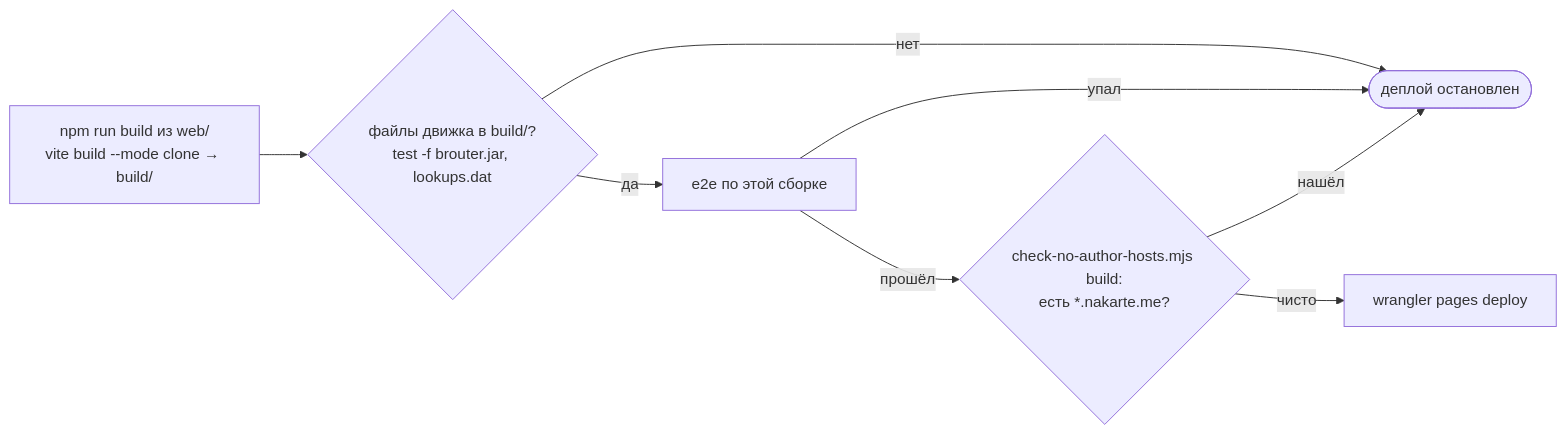
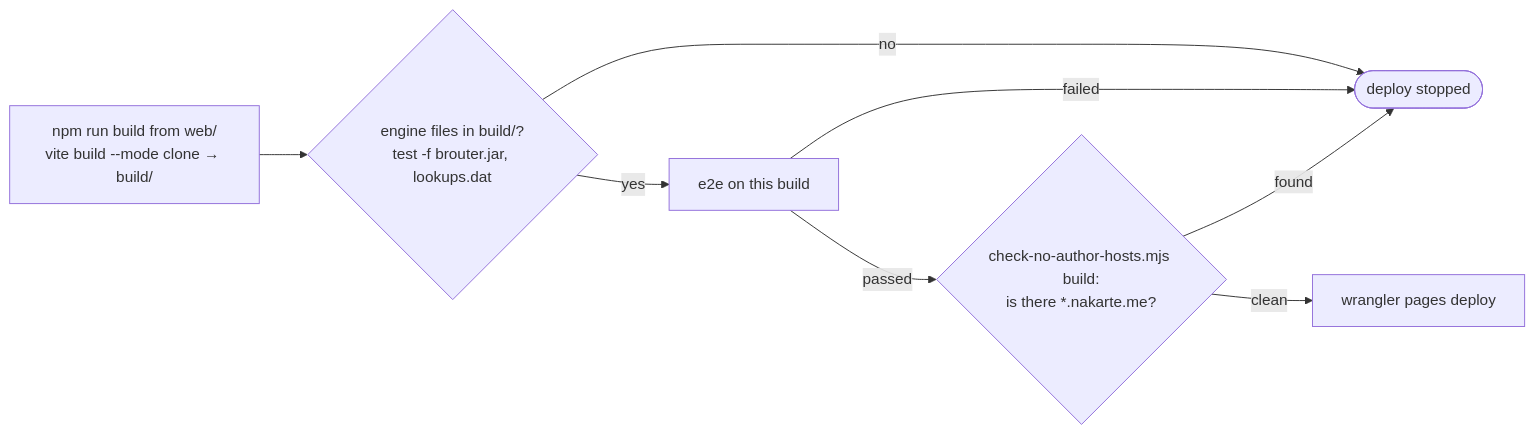
One commit to sergeycw/nakarte changed the second of 2 diagrams in docs/architecture/protection.md. Above: the diagram before and after it, drawn with Mermaid. The commit also changed other lines of this file and 11 other files, not shown here.

````diff
--- a/docs/architecture/protection.md
+++ b/docs/architecture/protection.md
@@ -39,16 +39,16 @@
 ```mermaid
 flowchart LR
-    build["npm run build из web/<br/>vite build --mode clone → build/"]
-    engine{"файлы движка в build/?<br/>test -f brouter.jar, lookups.dat"}
-    scan{"check-no-author-hosts.mjs build:<br/>есть *.nakarte.me?"}
+    build["npm run build from web/<br/>vite build --mode clone → build/"]
+    engine{"engine files in build/?<br/>test -f brouter.jar, lookups.dat"}
+    scan{"check-no-author-hosts.mjs build:<br/>is there *.nakarte.me?"}
     deploy["wrangler pages deploy"]
-    stop(["деплой остановлен"])
+    stop(["deploy stopped"])
 
     build --> engine
-    engine -->|"нет"| stop
-    engine -->|"да"| e2e["e2e по этой сборке"]
-    e2e -->|"упал"| stop
-    e2e -->|"прошёл"| scan
-    scan -->|"нашёл"| stop
-    scan -->|"чисто"| deploy
+    engine -->|"no"| stop
+    engine -->|"yes"| e2e["e2e on this build"]
+    e2e -->|"failed"| stop
+    e2e -->|"passed"| scan
+    scan -->|"found"| stop
+    scan -->|"clean"| deploy
 ```
````
